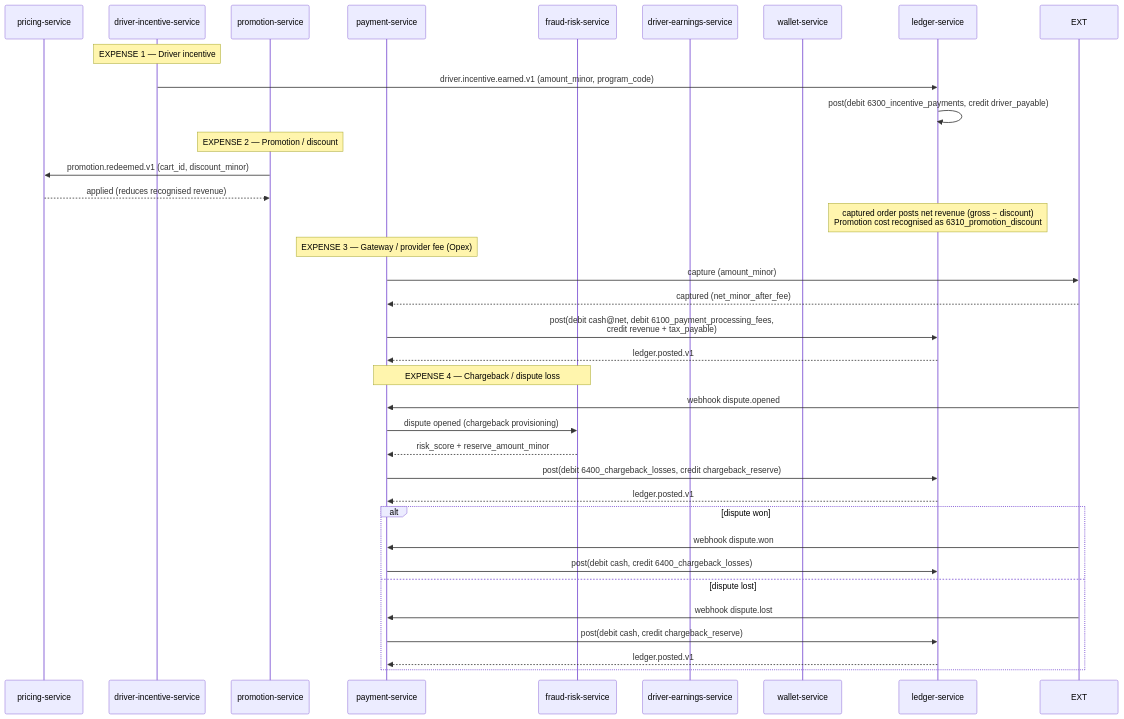
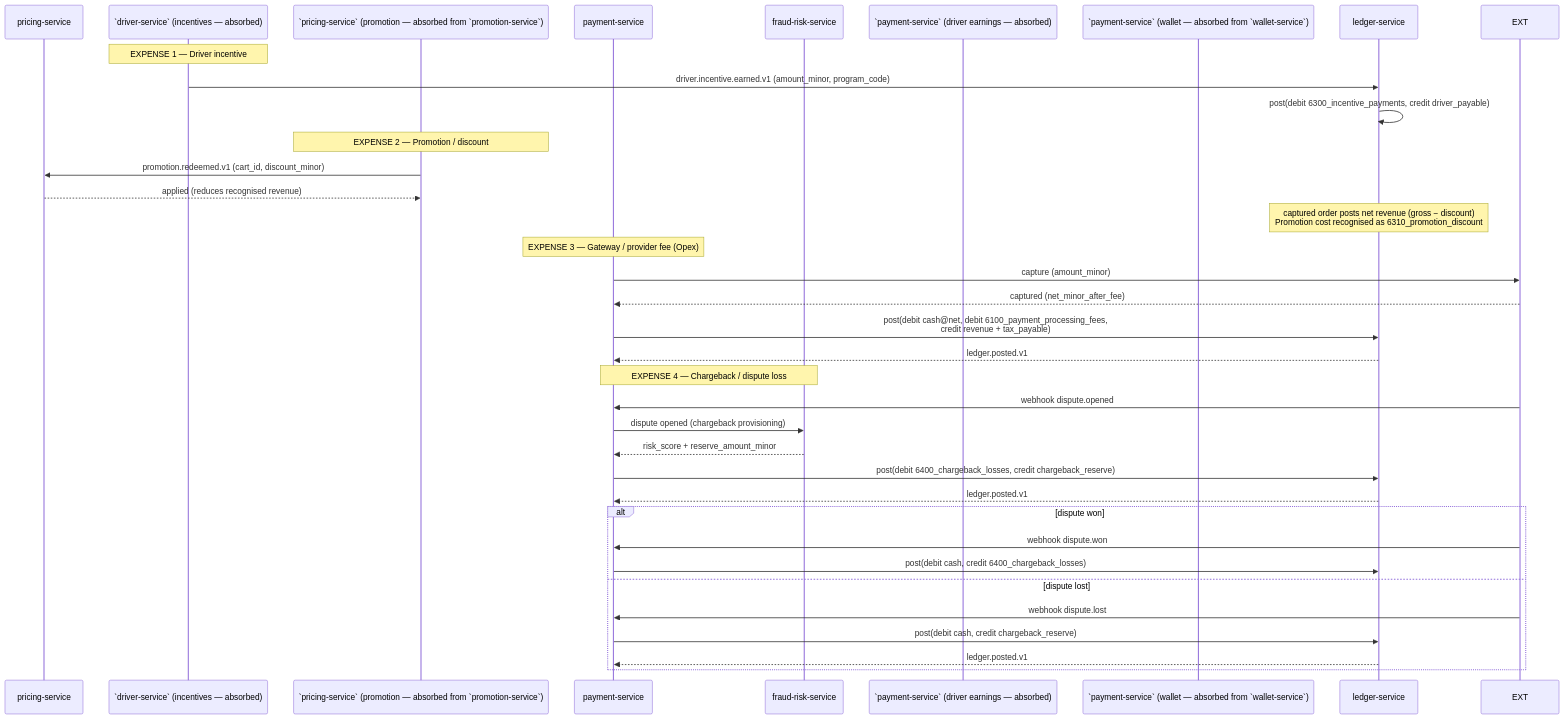
One commit to mohamedhabibwork/trips-enjoy-docs changed the eighth of 9 diagrams in docs/workflows/ACCOUNTING_WORKFLOWS.md. Above: the diagram before and after it, drawn with Mermaid. The commit also changed other lines of this file and 525 other files, not shown here.

````diff
--- a/docs/workflows/ACCOUNTING_WORKFLOWS.md
+++ b/docs/workflows/ACCOUNTING_WORKFLOWS.md
@@ -377,41 +377,41 @@
 ```mermaid
 sequenceDiagram
     participant PRC as pricing-service
-    participant DI as driver-incentive-service
-    participant PRO as promotion-service
+    participant DI as `driver-service` (incentives — absorbed)
+    participant PRO as `pricing-service` (promotion — absorbed from `promotion-service`)
     participant PAY as payment-service
     participant FR as fraud-risk-service
-    participant DE as driver-earnings-service
-    participant WLT as wallet-service
+    participant DE as `payment-service` (driver earnings — absorbed)
+    participant WLT as `payment-service` (wallet — absorbed from `wallet-service`)
     participant LD as ledger-service
 
     Note over DI: EXPENSE 1 — Driver incentive
     DI->>LD: driver.incentive.earned.v1 (amount_minor, program_code)
     LD->>LD: post(debit 6300_incentive_payments, credit driver_payable)
 
     Note over PRO: EXPENSE 2 — Promotion / discount
     PRO->>PRC: promotion.redeemed.v1 (cart_id, discount_minor)
     PRC-->>PRO: applied (reduces recognised revenue)
     Note over LD: captured order posts net revenue (gross − discount)<br/>Promotion cost recognised as 6310_promotion_discount
 
     Note over PAY: EXPENSE 3 — Gateway / provider fee (Opex)
     PAY->>EXT: capture (amount_minor)
     EXT-->>PAY: captured (net_minor_after_fee)
     PAY->>LD: post(debit cash@net, debit 6100_payment_processing_fees,<br/>          credit revenue + tax_payable)
     LD-->>PAY: ledger.posted.v1
 
     Note over PAY,FR: EXPENSE 4 — Chargeback / dispute loss
     EXT->>PAY: webhook dispute.opened
     PAY->>FR: dispute opened (chargeback provisioning)
     FR-->>PAY: risk_score + reserve_amount_minor
     PAY->>LD: post(debit 6400_chargeback_losses, credit chargeback_reserve)
     LD-->>PAY: ledger.posted.v1
     alt dispute won
         EXT->>PAY: webhook dispute.won
         PAY->>LD: post(debit cash, credit 6400_chargeback_losses)
     else dispute lost
         EXT->>PAY: webhook dispute.lost
         PAY->>LD: post(debit cash, credit chargeback_reserve)
         LD-->>PAY: ledger.posted.v1
     end
 ```
````
